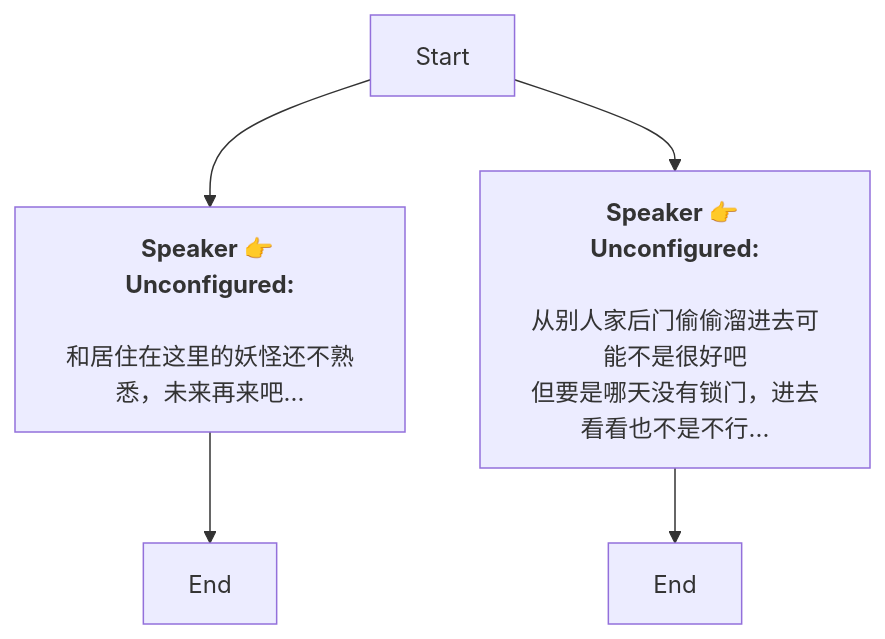
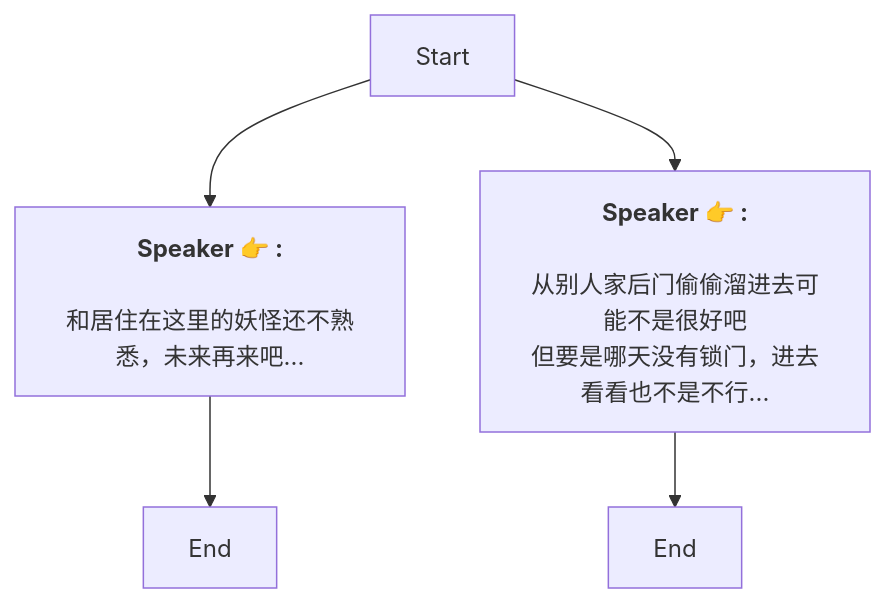
The diagram in Zh/LivingRommCommon.md (SoftHu/tos_avg), drawn with Mermaid before and after one commit. The commit also changed 737 other files, not shown here.

````diff
--- a/Zh/LivingRommCommon.md
+++ b/Zh/LivingRommCommon.md
@@ -1,13 +1,11 @@
 ```mermaid
 graph
-Start -->1730832679768155[<b>Speaker 👉 Unconfigured:</b>
-
-和居住在这里的妖怪还不熟悉，未来再来吧...]
+Start -->1730832679768155[<b>Speaker 👉 :</b>
+\n和居住在这里的妖怪还不熟悉，未来再来吧...]
 1730832679768155 -->1730832736418908[End]
-Start -->1730836209518772[<b>Speaker 👉 Unconfigured:</b>
-
-从别人家后门偷偷溜进去可能不是很好吧
+Start -->1730836209518772[<b>Speaker 👉 :</b>
+\n从别人家后门偷偷溜进去可能不是很好吧
 但要是哪天没有锁门，进去看看也不是不行...]
 1730836209518772 -->1730836271339701[End]
 
- ```
+```
````
